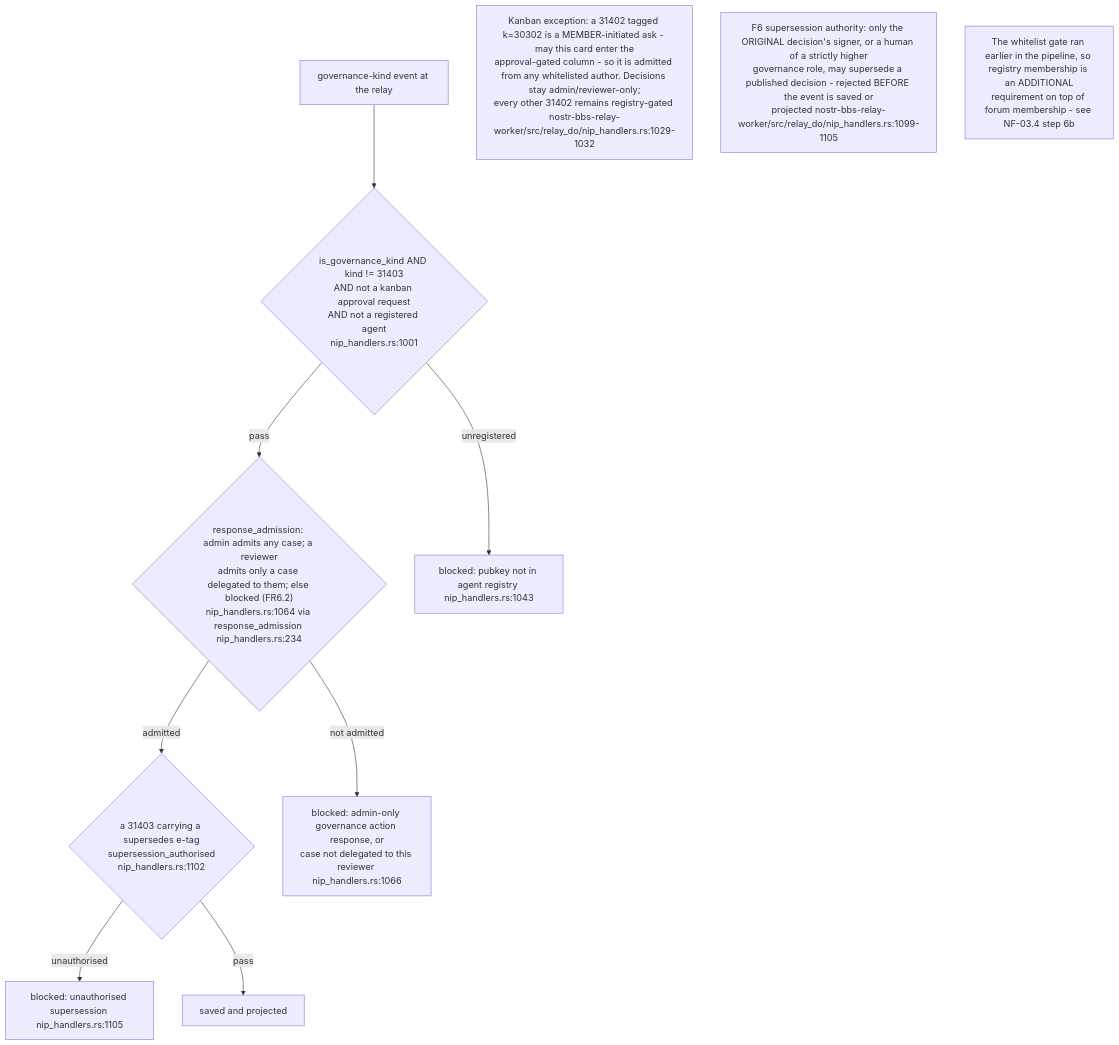
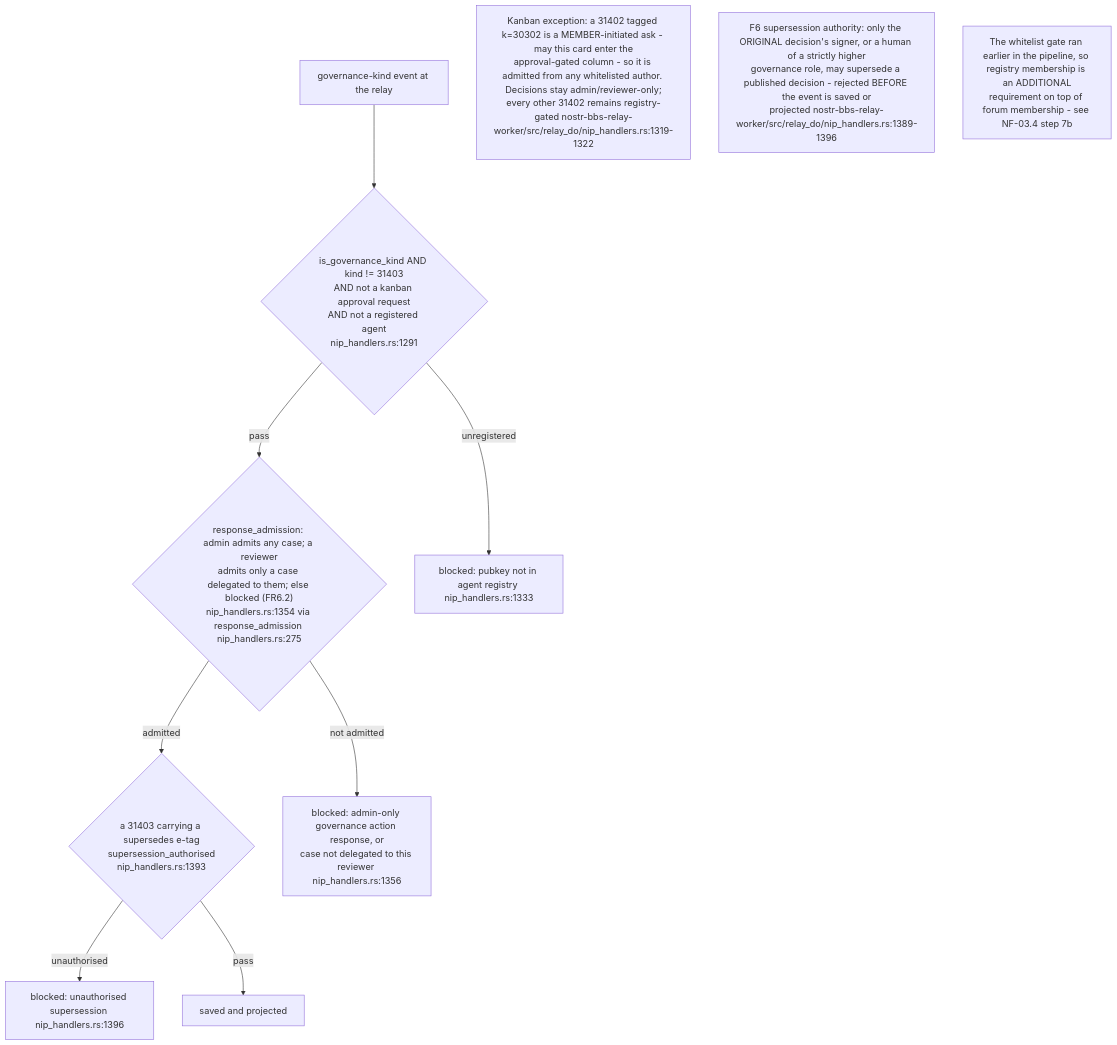
The fourth of 17 diagrams in docs/diagrams/nostr-rust-forum/06-agent-control-surface-31400-31405.md (DreamLab-AI/VisionFlow), drawn with Mermaid before and after one commit. The commit also changed other lines of this file and 160 other files, not shown here.

````diff
--- a/docs/diagrams/nostr-rust-forum/06-agent-control-surface-31400-31405.md
+++ b/docs/diagrams/nostr-rust-forum/06-agent-control-surface-31400-31405.md
@@ -116,20 +119,20 @@
 ```mermaid
 flowchart TB
     EV["governance-kind event at the relay"]
-    G1{"is_governance_kind AND kind != 31403<br/>AND not a kanban approval request<br/>AND not a registered agent<br/>nip_handlers.rs:1001"}
-    G2{"response_admission: admin admits any case; a reviewer<br/>admits only a case delegated to them; else blocked (FR6.2)<br/>nip_handlers.rs:1064 via response_admission nip_handlers.rs:234"}
-    G3{"a 31403 carrying a supersedes e-tag<br/>supersession_authorised<br/>nip_handlers.rs:1102"}
+    G1{"is_governance_kind AND kind != 31403<br/>AND not a kanban approval request<br/>AND not a registered agent<br/>nip_handlers.rs:1291"}
+    G2{"response_admission: admin admits any case; a reviewer<br/>admits only a case delegated to them; else blocked (FR6.2)<br/>nip_handlers.rs:1354 via response_admission nip_handlers.rs:275"}
+    G3{"a 31403 carrying a supersedes e-tag<br/>supersession_authorised<br/>nip_handlers.rs:1393"}
     OK["saved and projected"]
 
     EV --> G1
-    G1 -->|"unregistered"| B1["blocked: pubkey not in agent registry nip_handlers.rs:1043"]
+    G1 -->|"unregistered"| B1["blocked: pubkey not in agent registry nip_handlers.rs:1333"]
     G1 -->|"pass"| G2
-    G2 -->|"not admitted"| B2["blocked: admin-only governance action response, or<br/>case not delegated to this reviewer nip_handlers.rs:1066"]
+    G2 -->|"not admitted"| B2["blocked: admin-only governance action response, or<br/>case not delegated to this reviewer nip_handlers.rs:1356"]
     G2 -->|"admitted"| G3
-    G3 -->|"unauthorised"| B3["blocked: unauthorised supersession nip_handlers.rs:1105"]
+    G3 -->|"unauthorised"| B3["blocked: unauthorised supersession nip_handlers.rs:1396"]
     G3 -->|"pass"| OK
 
-    N1["Kanban exception: a 31402 tagged k=30302 is a MEMBER-initiated ask - may this card enter the<br/>approval-gated column - so it is admitted from any whitelisted author. Decisions stay admin/reviewer-only;<br/>every other 31402 remains registry-gated nostr-bbs-relay-worker/src/relay_do/nip_handlers.rs:1029-1032"]
-    N2["F6 supersession authority: only the ORIGINAL decision's signer, or a human of a strictly higher<br/>governance role, may supersede a published decision - rejected BEFORE the event is saved or<br/>projected nostr-bbs-relay-worker/src/relay_do/nip_handlers.rs:1099-1105"]
-    N3["The whitelist gate ran earlier in the pipeline, so registry membership is an ADDITIONAL<br/>requirement on top of forum membership - see NF-03.4 step 6b"]
+    N1["Kanban exception: a 31402 tagged k=30302 is a MEMBER-initiated ask - may this card enter the<br/>approval-gated column - so it is admitted from any whitelisted author. Decisions stay admin/reviewer-only;<br/>every other 31402 remains registry-gated nostr-bbs-relay-worker/src/relay_do/nip_handlers.rs:1319-1322"]
+    N2["F6 supersession authority: only the ORIGINAL decision's signer, or a human of a strictly higher<br/>governance role, may supersede a published decision - rejected BEFORE the event is saved or<br/>projected nostr-bbs-relay-worker/src/relay_do/nip_handlers.rs:1389-1396"]
+    N3["The whitelist gate ran earlier in the pipeline, so registry membership is an ADDITIONAL<br/>requirement on top of forum membership - see NF-03.4 step 7b"]
 ```
````
